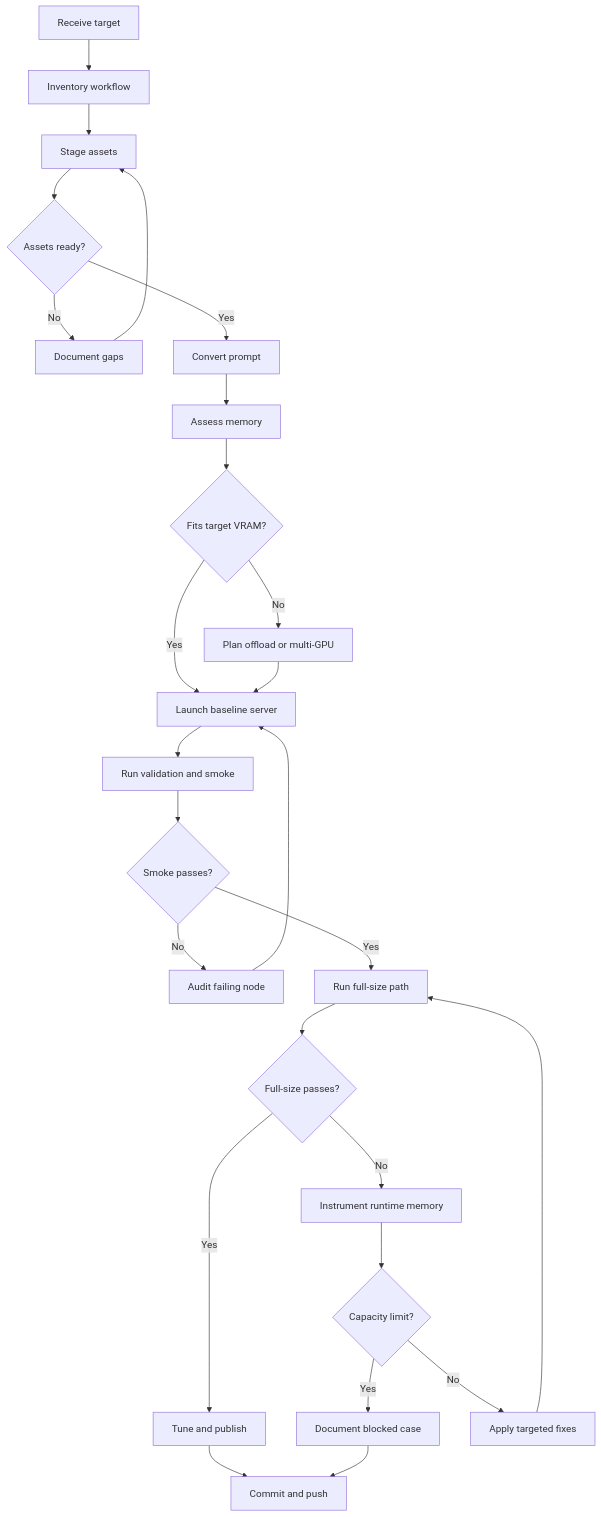
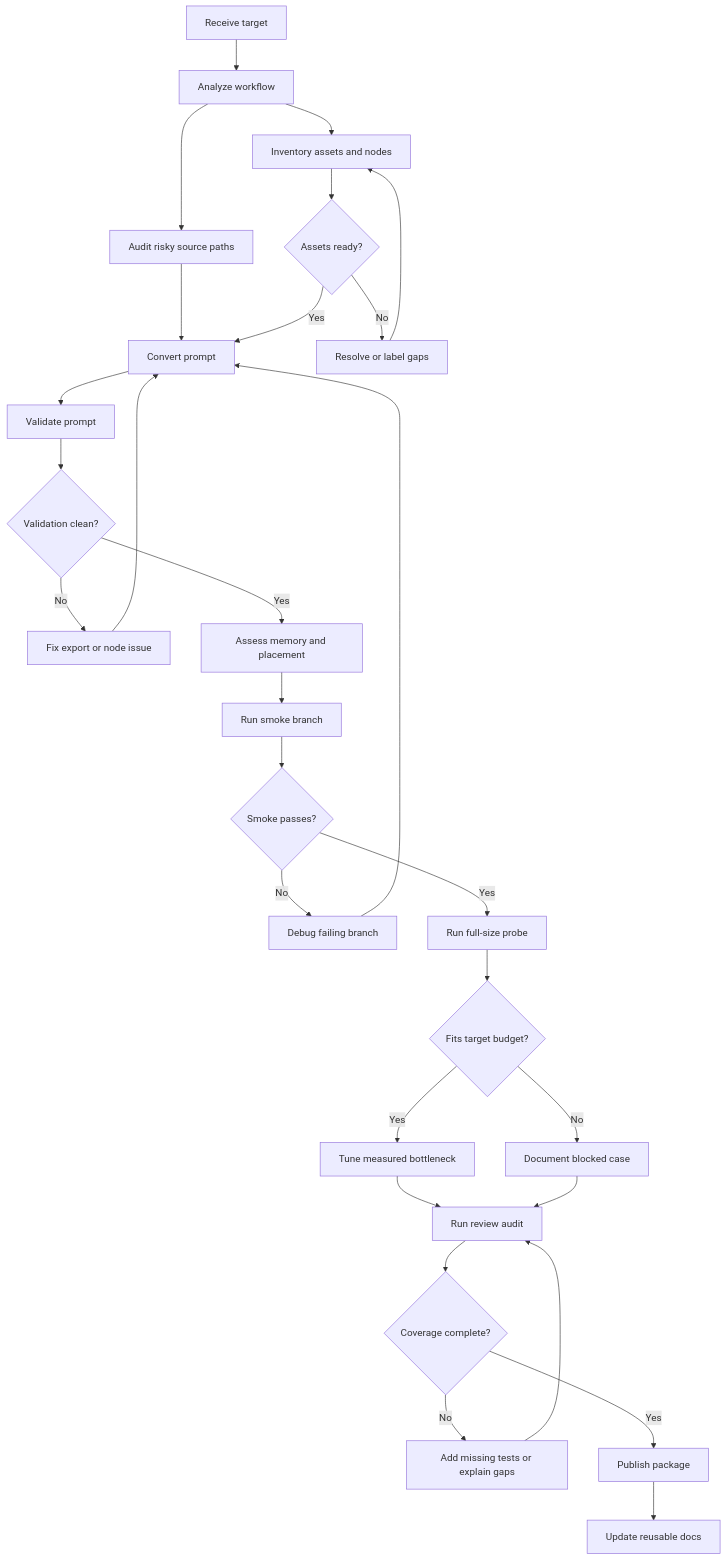
One commit to tinafengfun/ComfyUI changed the diagram in docs/README.md. Above: the diagram before and after it, drawn with Mermaid. The commit also changed other lines of this file and 4 other files, not shown here.

Commit message:
Document workflow review and migration summary

````diff
--- a/docs/README.md
+++ b/docs/README.md
@@ -26,28 +27,31 @@
 ```mermaid
 flowchart TD
-    A[Receive target] --> B[Inventory workflow]
-    B --> C[Stage assets]
-    C --> D{Assets ready?}
-    D -- No --> E[Document gaps]
-    E --> C
-    D -- Yes --> F[Convert prompt]
-    F --> G[Assess memory]
-    G --> H{Fits target VRAM?}
-    H -- No --> I[Plan offload or multi-GPU]
-    H -- Yes --> J[Launch baseline server]
-    I --> J
-    J --> K[Run validation and smoke]
-    K --> L{Smoke passes?}
-    L -- No --> M[Audit failing node]
-    M --> J
-    L -- Yes --> N[Run full-size path]
-    N --> O{Full-size passes?}
-    O -- Yes --> P[Tune and publish]
-    O -- No --> Q[Instrument runtime memory]
-    Q --> R{Capacity limit?}
-    R -- Yes --> S[Document blocked case]
-    R -- No --> T[Apply targeted fixes]
-    T --> N
-    P --> V[Commit and push]
-    S --> V
+    A[Receive target] --> B[Analyze workflow]
+    B --> C[Inventory assets and nodes]
+    B --> D[Audit risky source paths]
+    C --> E{Assets ready?}
+    D --> F[Convert prompt]
+    E -- No --> G[Resolve or label gaps]
+    G --> C
+    E -- Yes --> F
+    F --> H[Validate prompt]
+    H --> I{Validation clean?}
+    I -- No --> J[Fix export or node issue]
+    J --> F
+    I -- Yes --> K[Assess memory and placement]
+    K --> L[Run smoke branch]
+    L --> M{Smoke passes?}
+    M -- No --> N[Debug failing branch]
+    N --> F
+    M -- Yes --> O[Run full-size probe]
+    O --> P{Fits target budget?}
+    P -- No --> Q[Document blocked case]
+    P -- Yes --> R[Tune measured bottleneck]
+    R --> S[Run review audit]
+    Q --> S
+    S --> T{Coverage complete?}
+    T -- No --> U[Add missing tests or explain gaps]
+    U --> S
+    T -- Yes --> V[Publish package]
+    V --> W[Update reusable docs]
 ```
````
